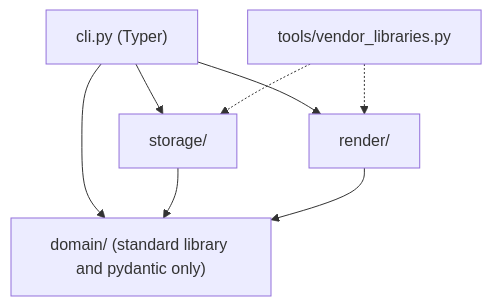
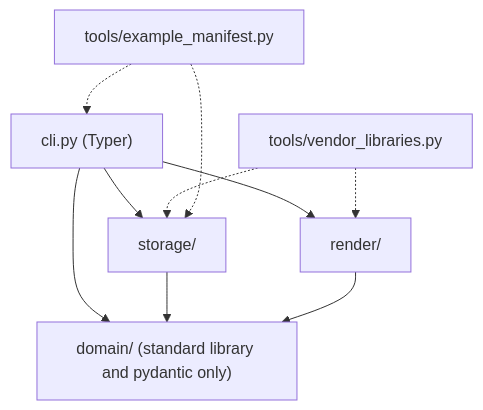
One commit to christophebnx/dbtscope changed the second of 2 diagrams in docs/architecture.md. Above: the diagram before and after it, drawn with Mermaid. The commit also changed other lines of this file and 100 other files, not shown here.

First line of the commit message:
test(examples): add the acme_retail example project and its manifest

````diff
--- a/docs/architecture.md
+++ b/docs/architecture.md
@@ -59,10 +60,12 @@
 ```mermaid
 flowchart TD
     CLI["cli.py (Typer)"] --> ST["storage/"]
     CLI --> R["render/"]
     CLI --> D["domain/ (standard library and pydantic only)"]
     ST --> D
     R --> D
     T["tools/vendor_libraries.py"] -.-> R
     T -.-> ST
+    E["tools/example_manifest.py"] -.-> CLI
+    E -.-> ST
 ```
````
